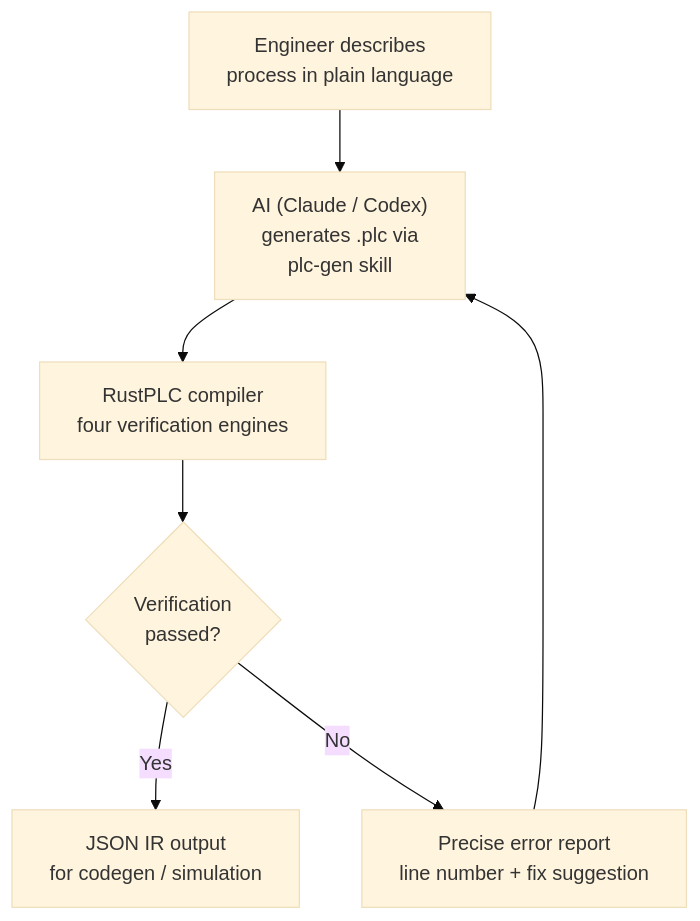
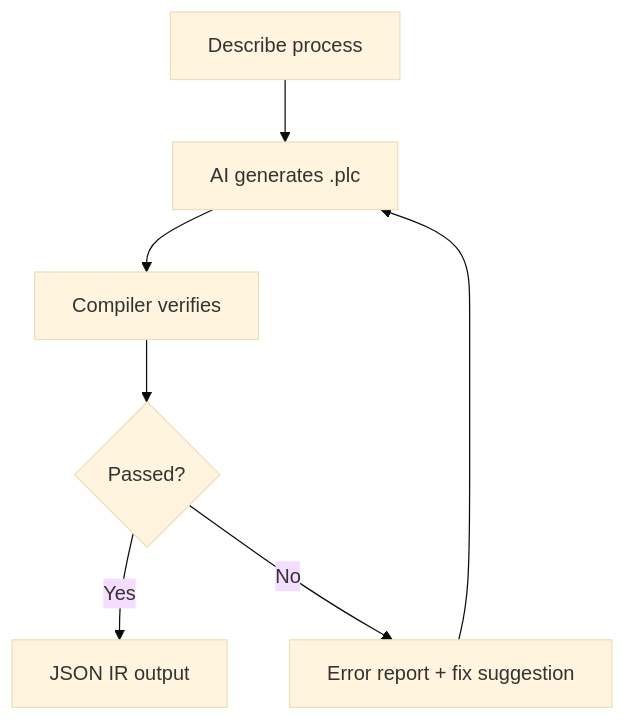
The first of 2 diagrams in README_EN.md (xxrust/RustPLC), drawn with Mermaid (base theme) before and after one commit. The commit also changed other lines of this file and 1 other file, not shown here.

Commit message:
fix(docs): shorten mermaid node labels to prevent GitHub truncation

````diff
--- a/README_EN.md
+++ b/README_EN.md
@@ -16,9 +16,9 @@
 ```mermaid
 flowchart TD
-    A["Engineer describes<br>process in plain language"] --> B["AI (Claude / Codex)<br>generates .plc via<br>plc-gen skill"]
-    B --> C["RustPLC compiler<br>four verification engines"]
-    C --> D{"Verification<br>passed?"}
-    D -- "Yes" --> E["JSON IR output<br>for codegen / simulation"]
-    D -- "No" --> F["Precise error report<br>line number + fix suggestion"]
+    A["Describe process"] --> B["AI generates .plc"]
+    B --> C["Compiler verifies"]
+    C --> D{"Passed?"}
+    D -- "Yes" --> E["JSON IR output"]
+    D -- "No" --> F["Error report + fix suggestion"]
     F --> B
 ```
````
